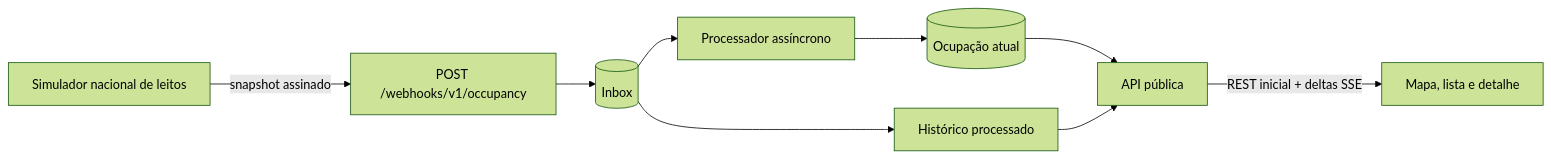
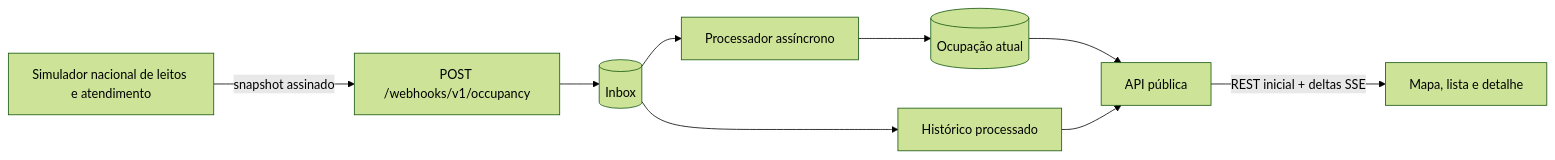
Before and after one commit to PJIEixoComputacaoUnivesp/FilaSaude: the third of 3 diagrams in README.md, drawn with Mermaid (forest theme). The commit also changed other lines of this file and 4 other files, not shown here.

````diff
--- a/README.md
+++ b/README.md
@@ -149,11 +149,11 @@
 ```mermaid
 flowchart LR
-  sim["Simulador nacional de leitos"] -->|"snapshot assinado"| hook["POST /webhooks/v1/occupancy"]
+  sim["Simulador nacional de leitos e atendimento"] -->|"snapshot assinado"| hook["POST /webhooks/v1/occupancy"]
   hook --> inbox[("Inbox")]
   inbox --> worker["Processador assíncrono"]
   worker --> atual[("Ocupação atual")]
   inbox --> hist["Histórico processado"]
   atual --> pub["API pública"]
   hist --> pub
   pub -->|"REST inicial + deltas SSE"| mapa["Mapa, lista e detalhe"]
 ```
````
